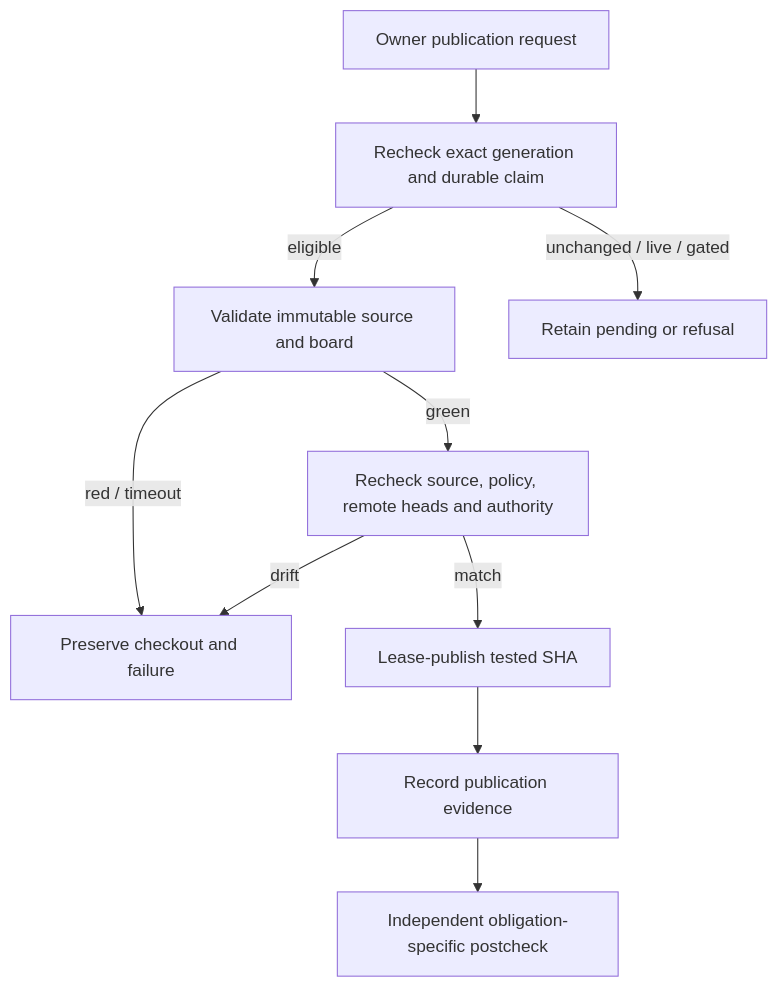
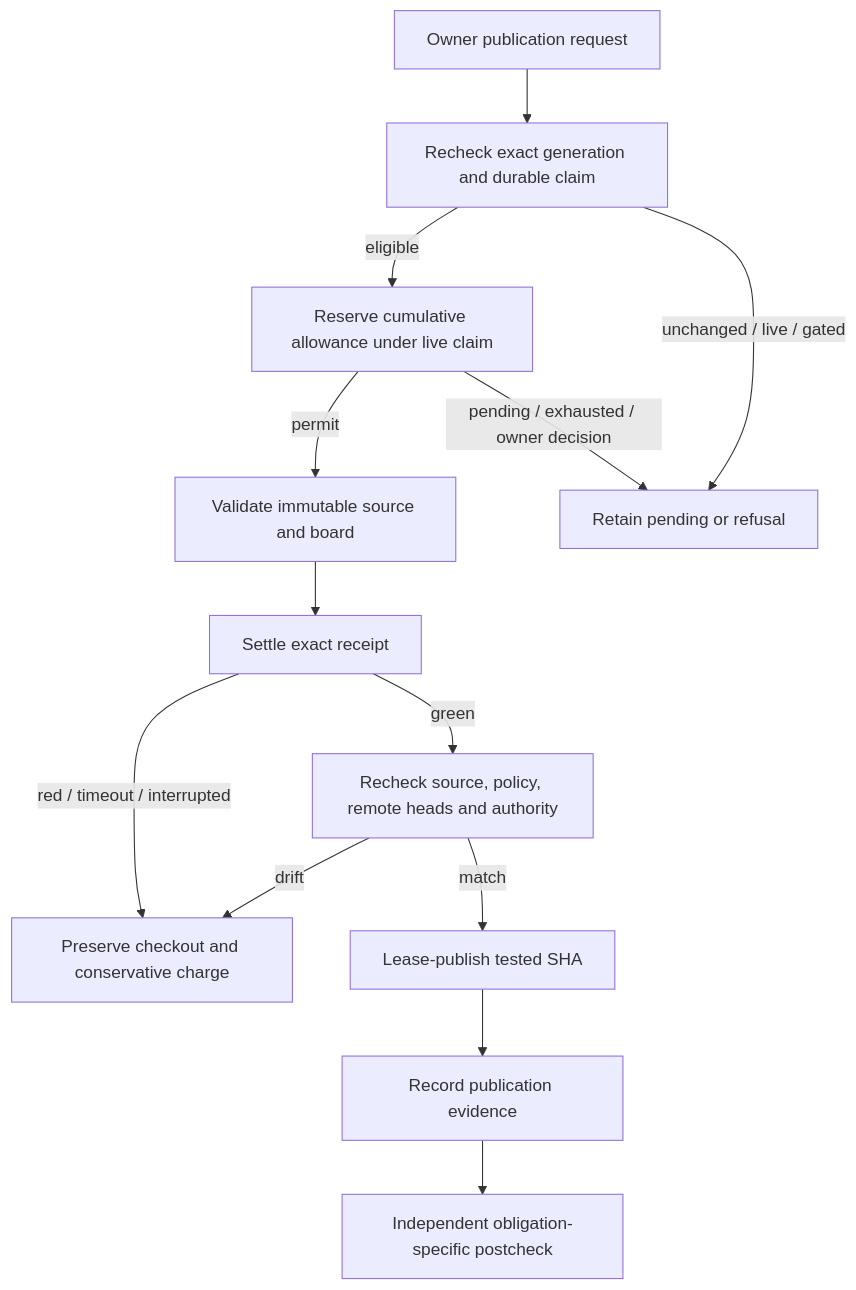
The first of 4 diagrams in cascade/DESIGN.md (vincentc-b/CascadeCode), drawn with Mermaid before and after one commit. The commit also changed other lines of this file and 10 other files, not shown here.

First line of the commit message:
task/task_048_001_002: Reserve and settle incident operations atomically

````diff
--- a/cascade/DESIGN.md
+++ b/cascade/DESIGN.md
@@ -112,12 +119,15 @@
 ```mermaid
 flowchart TD
     Owner[Owner publication request] --> Generation[Recheck exact generation and durable claim]
-    Generation -->|eligible| Checks[Validate immutable source and board]
+    Generation -->|eligible| Budget[Reserve cumulative allowance under live claim]
+    Budget -->|permit| Checks[Validate immutable source and board]
+    Budget -->|pending / exhausted / owner decision| Pending[Retain pending or refusal]
     Generation -->|unchanged / live / gated| Pending[Retain pending or refusal]
-    Checks -->|red / timeout| Preserve[Preserve checkout and failure]
-    Checks -->|green| Recheck[Recheck source, policy, remote heads and authority]
+    Checks --> Settle[Settle exact receipt]
+    Settle -->|red / timeout / interrupted| Preserve[Preserve checkout and conservative charge]
+    Settle -->|green| Recheck[Recheck source, policy, remote heads and authority]
     Recheck -->|match| Push[Lease-publish tested SHA]
     Recheck -->|drift| Preserve
     Push --> Receipt[Record publication evidence]
     Receipt --> Verify[Independent obligation-specific postcheck]
 ```
````
